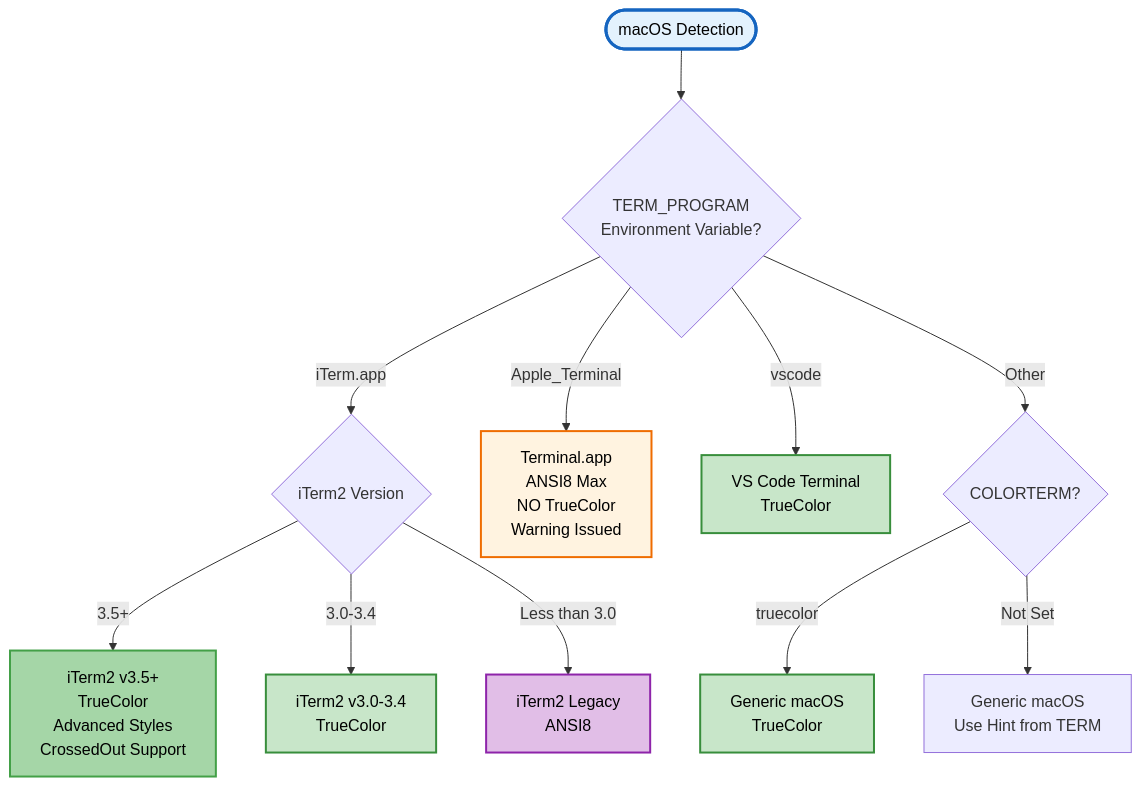
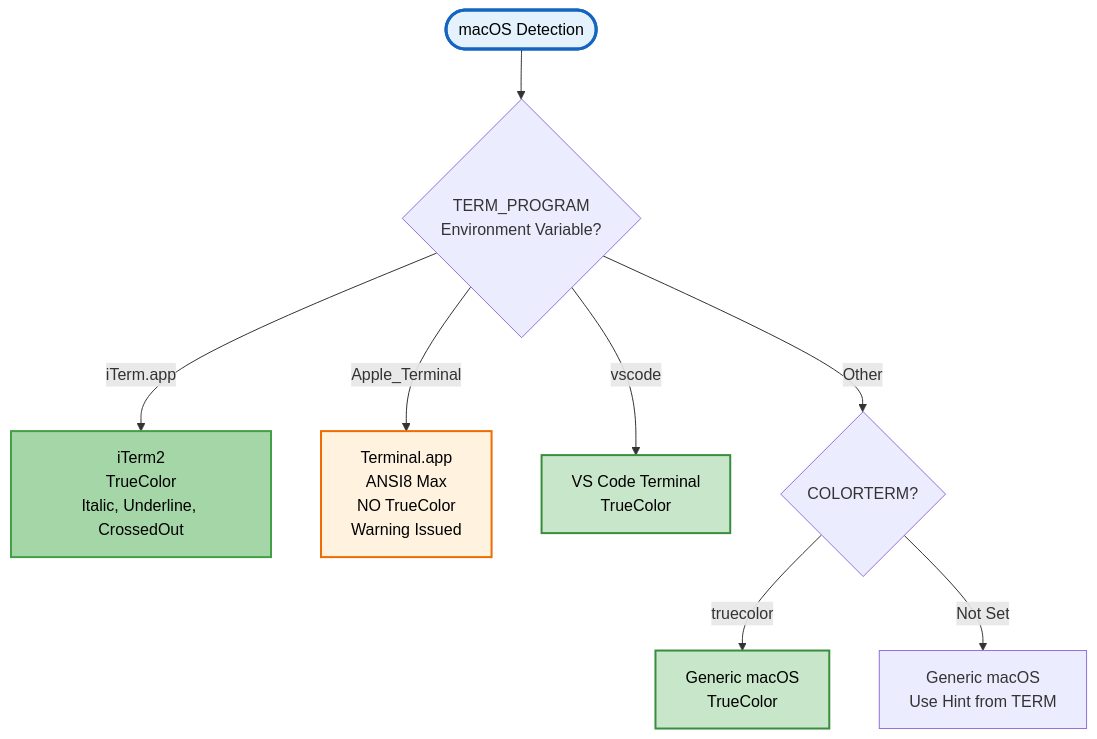
The fourth of 6 diagrams in Docs/Public/Test-AnsiSupport.md (MarkusMcNugen/PSWriteColorEX), drawn with Mermaid before and after one commit. The commit also changed other lines of this file and 10 other files, not shown here.

````diff
--- a/Docs/Public/Test-AnsiSupport.md
+++ b/Docs/Public/Test-AnsiSupport.md
@@ -302,24 +312,18 @@
 ```mermaid
 graph TD
     MacStart([macOS Detection]) --> CheckTermProg{TERM_PROGRAM<br/>Environment Variable?}
 
-    CheckTermProg -->|iTerm.app| CheckiTermVer{iTerm2 Version}
+    CheckTermProg -->|iTerm.app| iTerm35[iTerm2<br/>TrueColor<br/>Italic, Underline, CrossedOut]
     CheckTermProg -->|Apple_Terminal| TerminalApp[Terminal.app<br/>ANSI8 Max<br/>NO TrueColor<br/>Warning Issued]
     CheckTermProg -->|vscode| VSCode[VS Code Terminal<br/>TrueColor]
     CheckTermProg -->|Other| CheckColorTerm2{COLORTERM?}
 
     CheckColorTerm2 -->|truecolor| MacTC[Generic macOS<br/>TrueColor]
     CheckColorTerm2 -->|Not Set| MacDefault[Generic macOS<br/>Use Hint from TERM]
 
-    CheckiTermVer -->|3.5+| iTerm35[iTerm2 v3.5+<br/>TrueColor<br/>Advanced Styles<br/>CrossedOut Support]
-    CheckiTermVer -->|3.0-3.4| iTerm30[iTerm2 v3.0-3.4<br/>TrueColor]
-    CheckiTermVer -->|Less than 3.0| iTermOld[iTerm2 Legacy<br/>ANSI8]
-
     style MacStart fill:#e3f2fd,stroke:#1565c0,stroke-width:3px,color:#000
     style iTerm35 fill:#a5d6a7,stroke:#43a047,stroke-width:2px,color:#000
-    style iTerm30 fill:#c8e6c9,stroke:#388e3c,stroke-width:2px,color:#000
     style VSCode fill:#c8e6c9,stroke:#388e3c,stroke-width:2px,color:#000
     style TerminalApp fill:#fff3e0,stroke:#ef6c00,stroke-width:2px,color:#000
-    style iTermOld fill:#e1bee7,stroke:#8e24aa,stroke-width:2px,color:#000
     style MacTC fill:#c8e6c9,stroke:#388e3c,stroke-width:2px,color:#000
 ```
````
